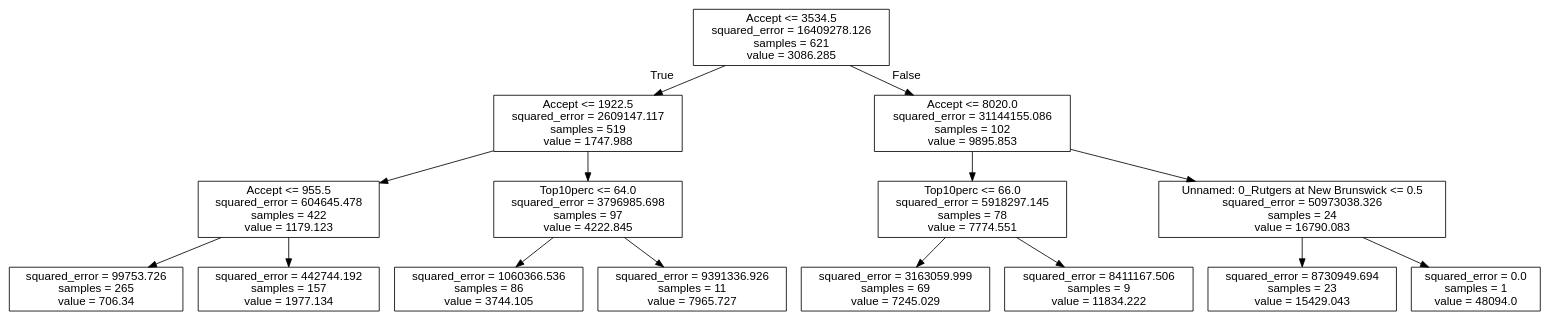
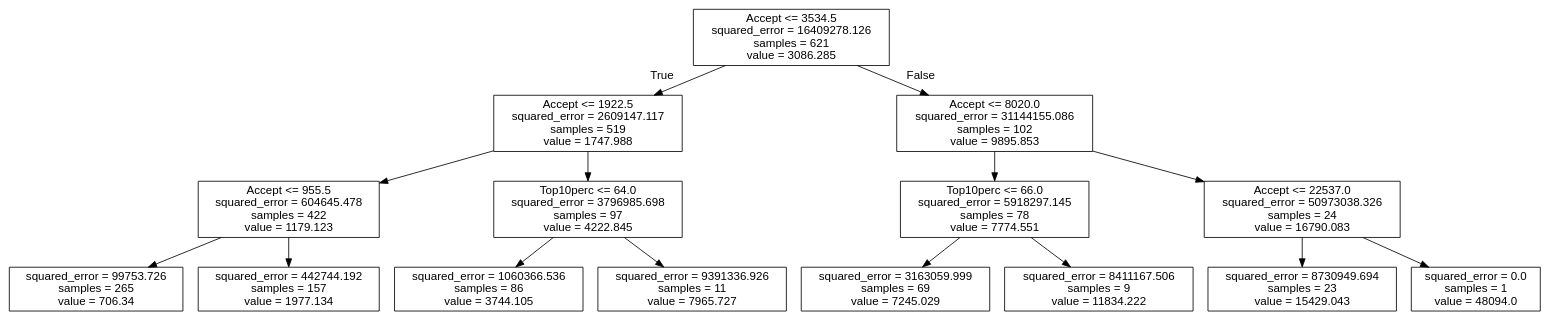
One commit to mcarbajal2/IFI8420-Assignments changed the diagram in Assignment 4/college_tree.dot. Above: the diagram before and after it, drawn with Graphviz. The commit also changed 1 other file, not shown here.

Commit message:
fix the error of plot_tree

```diff
--- a/Assignment 4/college_tree.dot
+++ b/Assignment 4/college_tree.dot
@@ -1,33 +1,33 @@
 digraph Tree {
 node [shape=box, fontname="helvetica"] ;
 edge [fontname="helvetica"] ;
 0 [label="Accept <= 3534.5\nsquared_error = 16409278.126\nsamples = 621\nvalue = 3086.285"] ;
 1 [label="Accept <= 1922.5\nsquared_error = 2609147.117\nsamples = 519\nvalue = 1747.988"] ;
 0 -> 1 [labeldistance=2.5, labelangle=45, headlabel="True"] ;
 2 [label="Accept <= 955.5\nsquared_error = 604645.478\nsamples = 422\nvalue = 1179.123"] ;
 1 -> 2 ;
 3 [label="squared_error = 99753.726\nsamples = 265\nvalue = 706.34"] ;
 2 -> 3 ;
 4 [label="squared_error = 442744.192\nsamples = 157\nvalue = 1977.134"] ;
 2 -> 4 ;
 5 [label="Top10perc <= 64.0\nsquared_error = 3796985.698\nsamples = 97\nvalue = 4222.845"] ;
 1 -> 5 ;
 6 [label="squared_error = 1060366.536\nsamples = 86\nvalue = 3744.105"] ;
 5 -> 6 ;
 7 [label="squared_error = 9391336.926\nsamples = 11\nvalue = 7965.727"] ;
 5 -> 7 ;
 8 [label="Accept <= 8020.0\nsquared_error = 31144155.086\nsamples = 102\nvalue = 9895.853"] ;
 0 -> 8 [labeldistance=2.5, labelangle=-45, headlabel="False"] ;
 9 [label="Top10perc <= 66.0\nsquared_error = 5918297.145\nsamples = 78\nvalue = 7774.551"] ;
 8 -> 9 ;
 10 [label="squared_error = 3163059.999\nsamples = 69\nvalue = 7245.029"] ;
 9 -> 10 ;
 11 [label="squared_error = 8411167.506\nsamples = 9\nvalue = 11834.222"] ;
 9 -> 11 ;
-12 [label="Unnamed: 0_Rutgers at New Brunswick <= 0.5\nsquared_error = 50973038.326\nsamples = 24\nvalue = 16790.083"] ;
+12 [label="Accept <= 22537.0\nsquared_error = 50973038.326\nsamples = 24\nvalue = 16790.083"] ;
 8 -> 12 ;
 13 [label="squared_error = 8730949.694\nsamples = 23\nvalue = 15429.043"] ;
 12 -> 13 ;
 14 [label="squared_error = 0.0\nsamples = 1\nvalue = 48094.0"] ;
 12 -> 14 ;
 }
```
